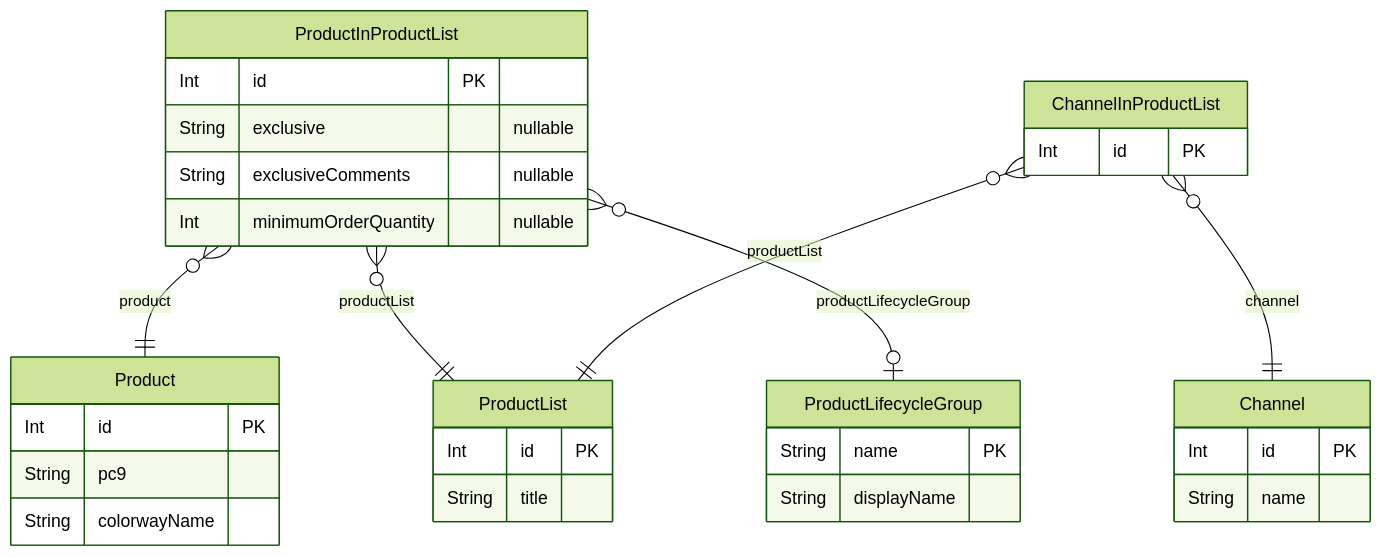
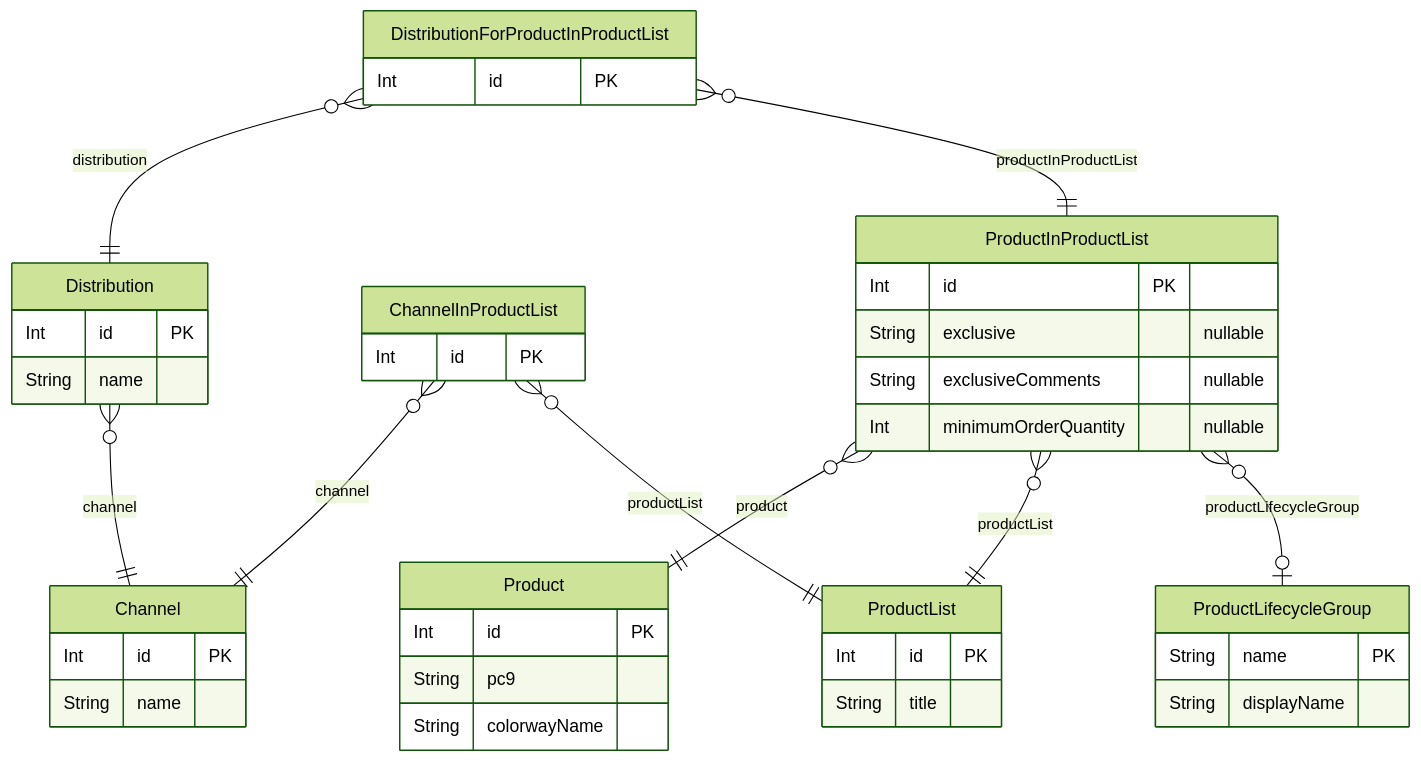
The diagram in README.md (redbadger/assortify-attributes-spike), drawn with Mermaid (forest theme) before and after one commit. The commit also changed 8 other files, not shown here.

````diff
--- a/README.md
+++ b/README.md
@@ -1,46 +1,60 @@
 ```mermaid
 erDiagram
 
   Product {
     Int id PK 
     String pc9  
     String colorwayName  
     }
   
 
   ProductList {
     Int id PK 
     String title  
     }
   
 
   ProductInProductList {
     Int id PK 
     String exclusive  "nullable"
     String exclusiveComments  "nullable"
     Int minimumOrderQuantity  "nullable"
     }
   
 
   ProductLifecycleGroup {
     String name PK 
     String displayName  
     }
   
 
   Channel {
     Int id PK 
     String name  
     }
   
 
   ChannelInProductList {
     Int id PK 
     }
   
+
+  Distribution {
+    Int id PK 
+    String name  
+    }
+  
+
+  DistributionForProductInProductList {
+    Int id PK 
+    }
+  
     ProductInProductList o{--|| Product : "product"
     ProductInProductList o{--|| ProductList : "productList"
     ProductInProductList o{--|o ProductLifecycleGroup : "productLifecycleGroup"
     ChannelInProductList o{--|| Channel : "channel"
     ChannelInProductList o{--|| ProductList : "productList"
+    Distribution o{--|| Channel : "channel"
+    DistributionForProductInProductList o{--|| Distribution : "distribution"
+    DistributionForProductInProductList o{--|| ProductInProductList : "productInProductList"
 ```
````
